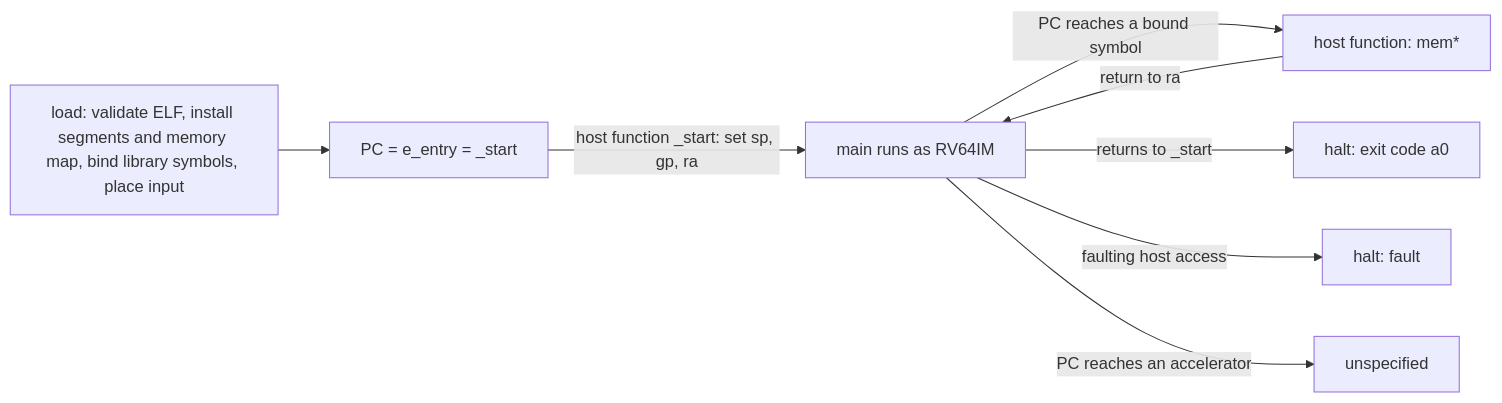
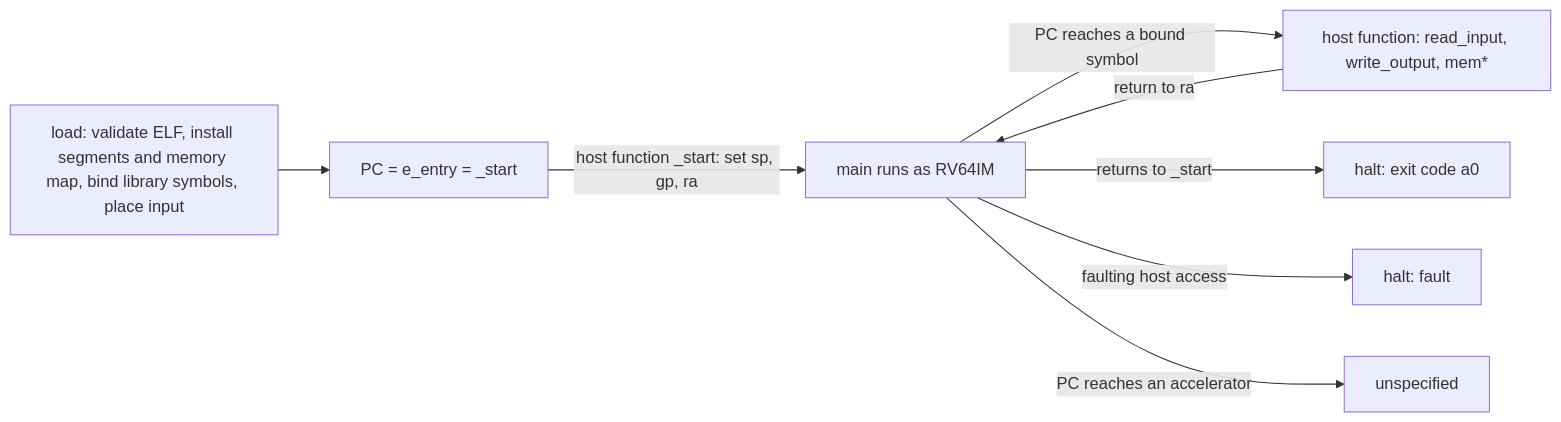
One commit to eth-act/zkevm-standards changed the diagram in reference/README.md. Above: the diagram before and after it, drawn with Mermaid. The commit also changed 17 other files, not shown here.

````diff
--- a/reference/README.md
+++ b/reference/README.md
@@ -55,10 +55,10 @@
 ```mermaid
 flowchart LR
   L[load: validate ELF, install segments and memory map, bind library symbols, place input] --> S[PC = e_entry = _start]
   S -->|host function _start: set sp, gp, ra| M[main runs as RV64IM]
-  M -->|PC reaches a bound symbol| H[host function: mem*]
+  M -->|PC reaches a bound symbol| H[host function: read_input, write_output, mem*]
   H -->|return to ra| M
   M -->|returns to _start| E[halt: exit code a0]
   M -->|faulting host access| F[halt: fault]
   M -->|PC reaches an accelerator| U[unspecified]
 ```
````
